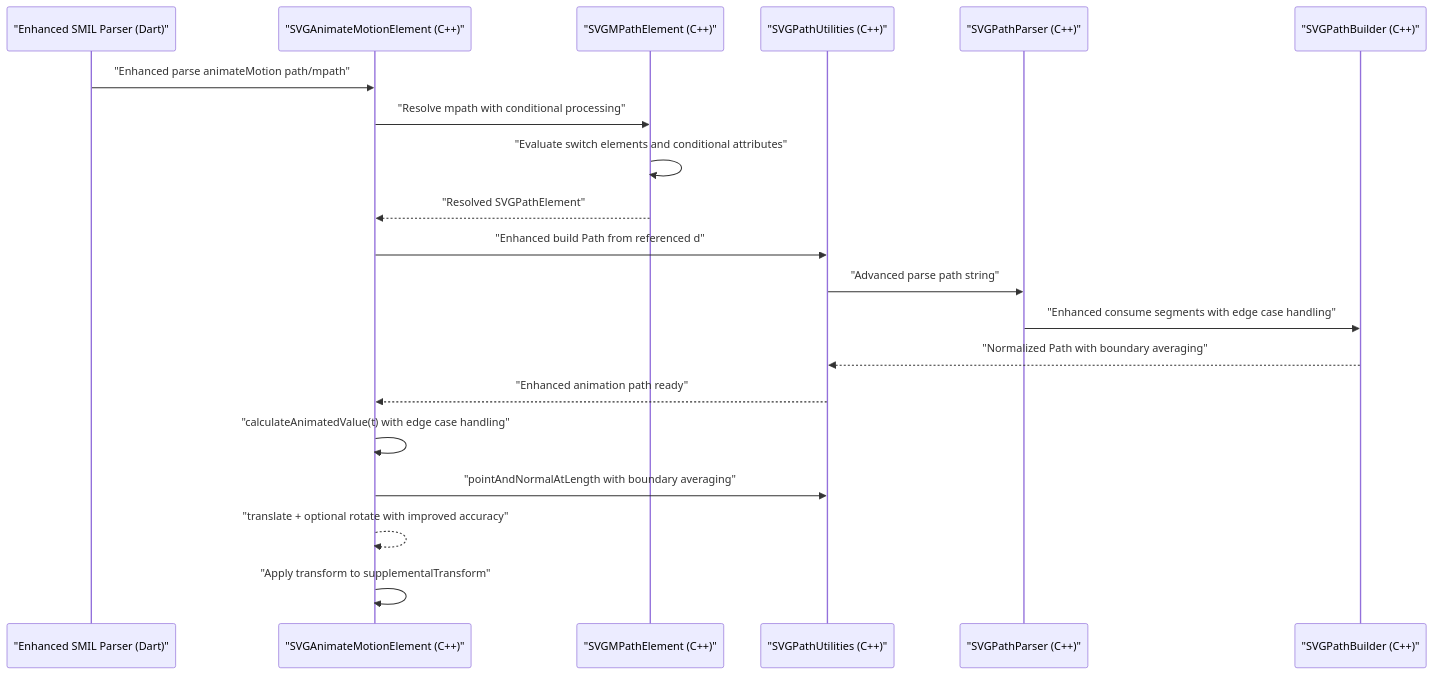
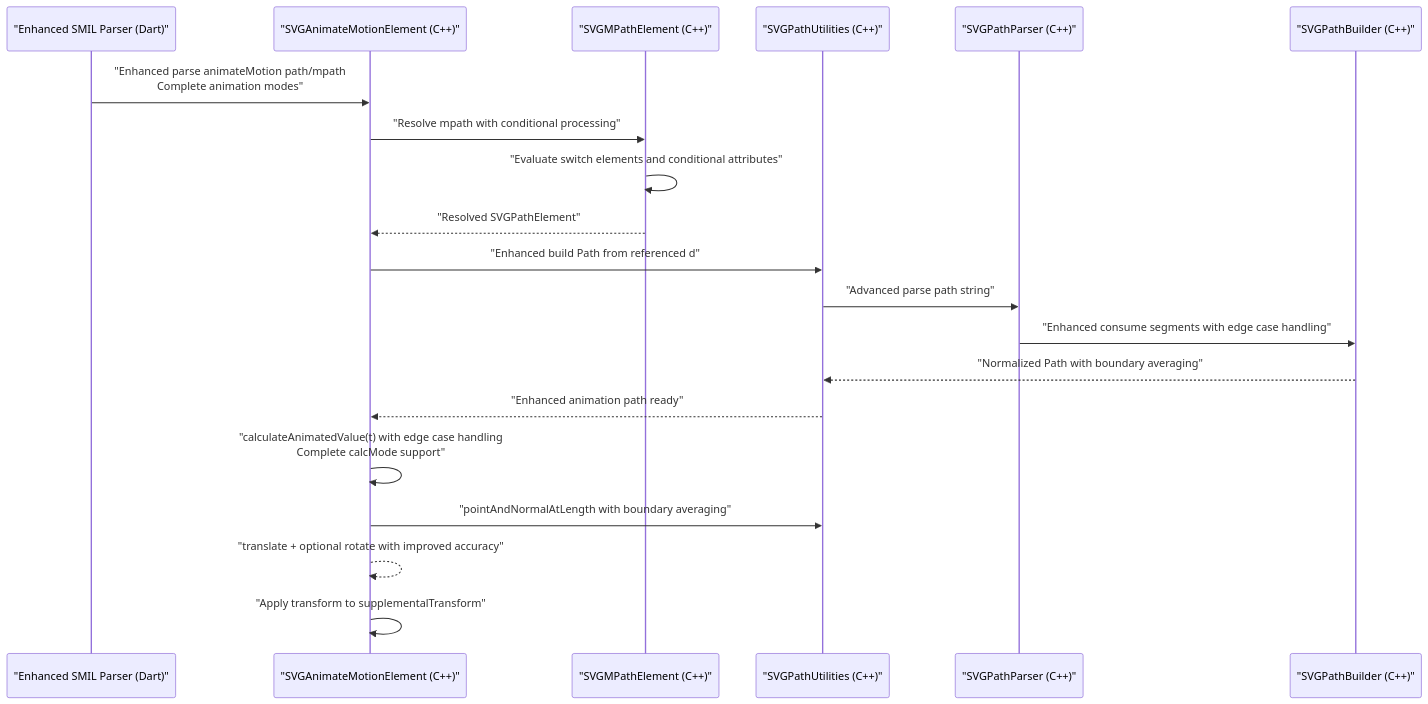
One commit to denisnadey/flutter_full_svg_support changed the second of 7 diagrams in .qoder/repowiki/en/content/Animated SVG Support/SMIL Animation Specification/SMIL Motion Animation.md. Above: the diagram before and after it, drawn with Mermaid. The commit also changed other lines of this file and 18 other files, not shown here.

First line of the commit message:
feat(smil): enhance animation runtime with discrete calcMode and motion path improvements

````diff
--- a/.qoder/repowiki/en/content/Animated SVG Support/SMIL Animation Specification/SMIL Motion Animation.md
+++ b/.qoder/repowiki/en/content/Animated SVG Support/SMIL Animation Specification/SMIL Motion Animation.md
@@ -149,22 +159,22 @@
 ```mermaid
 sequenceDiagram
 participant P as "Enhanced SMIL Parser (Dart)"
 participant AM as "SVGAnimateMotionElement (C++)"
 participant MP as "SVGMPathElement (C++)"
 participant PU as "SVGPathUtilities (C++)"
 participant PP as "SVGPathParser (C++)"
 participant PB as "SVGPathBuilder (C++)"
-P->>AM : "Enhanced parse animateMotion path/mpath"
+P->>AM : "Enhanced parse animateMotion path/mpath<br/>Complete animation modes"
 AM->>MP : "Resolve mpath with conditional processing"
 MP->>MP : "Evaluate switch elements and conditional attributes"
 MP-->>AM : "Resolved SVGPathElement"
 AM->>PU : "Enhanced build Path from referenced d"
 PU->>PP : "Advanced parse path string"
 PP->>PB : "Enhanced consume segments with edge case handling"
 PB-->>PU : "Normalized Path with boundary averaging"
 PU-->>AM : "Enhanced animation path ready"
-AM->>AM : "calculateAnimatedValue(t) with edge case handling"
+AM->>AM : "calculateAnimatedValue(t) with edge case handling<br/>Complete calcMode support"
 AM->>PU : "pointAndNormalAtLength with boundary averaging"
 AM-->>AM : "translate + optional rotate with improved accuracy"
 AM->>AM : "Apply transform to supplementalTransform"
 ```
````
